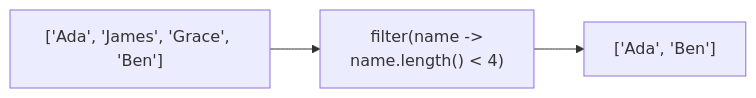
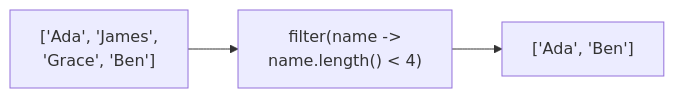
Before and after one commit to hh-programming-2/lessons: the first of 2 diagrams in materials/streams.md, drawn with Mermaid. The commit also changed other lines of this file, not shown here.

Commit message:
Fix formatting in streams.md for Mermaid diagrams

````diff
--- a/materials/streams.md
+++ b/materials/streams.md
@@ -85,5 +85,5 @@
 ```mermaid
 flowchart LR
-    A["['Ada', 'James', 'Grace', 'Ben']"] --> B["filter(name -><br/>name.length() < 4)"]
+    A["['Ada', 'James',<br/>'Grace', 'Ben']"] --> B["filter(name -><br/>name.length() < 4)"]
     B --> C["['Ada', 'Ben']"]
 ```
````
